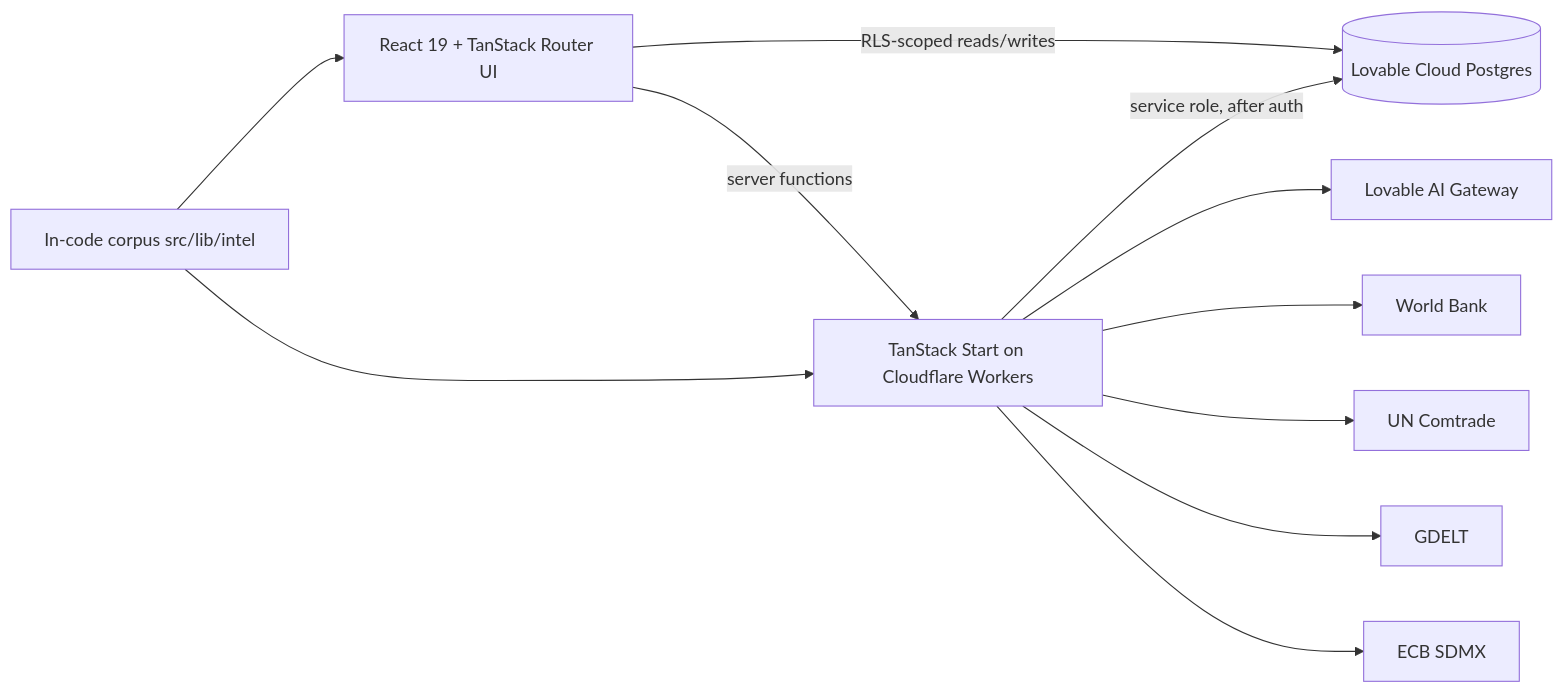
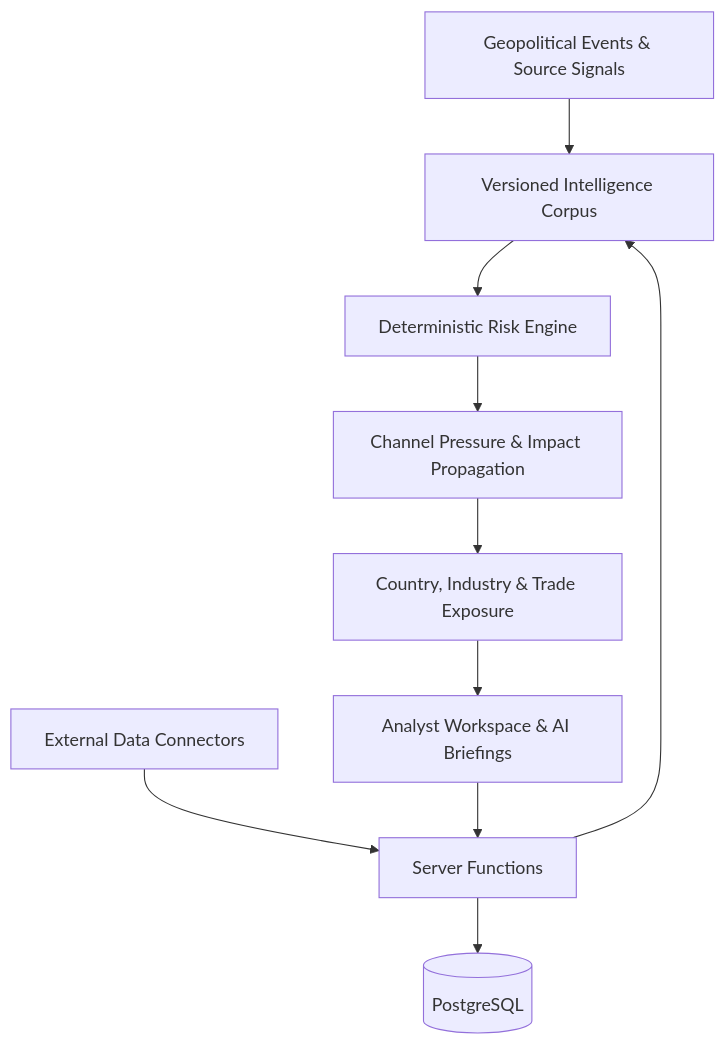
The diagram in README.md (roshnishaik78600-cmd/GLOBAL-MATRIX), drawn with Mermaid before and after one commit. The commit also changed other lines of this file, not shown here.

````diff
--- a/README.md
+++ b/README.md
@@ -29,10 +56,12 @@
 ```mermaid
-flowchart LR
-  Browser[React 19 + TanStack Router UI] -->|server functions| Worker[TanStack Start on Cloudflare Workers]
-  Browser -->|RLS-scoped reads/writes| DB[(Lovable Cloud Postgres)]
-  Worker -->|service role, after auth| DB
-  Worker --> AI[Lovable AI Gateway]
-  Worker --> WB[World Bank] & CT[UN Comtrade] & GD[GDELT] & ECB[ECB SDMX]
-  Corpus[In-code corpus src/lib/intel] --> Browser
-  Corpus --> Worker
+flowchart TD
+    A[Geopolitical Events & Source Signals] --> B[Versioned Intelligence Corpus]
+    B --> C[Deterministic Risk Engine]
+    C --> D[Channel Pressure & Impact Propagation]
+    D --> E[Country, Industry & Trade Exposure]
+    E --> F[Analyst Workspace & AI Briefings]
+    G[External Data Connectors] --> H[Server Functions]
+    H --> B
+    F --> H
+    H --> I[(PostgreSQL)]
 ```
````
